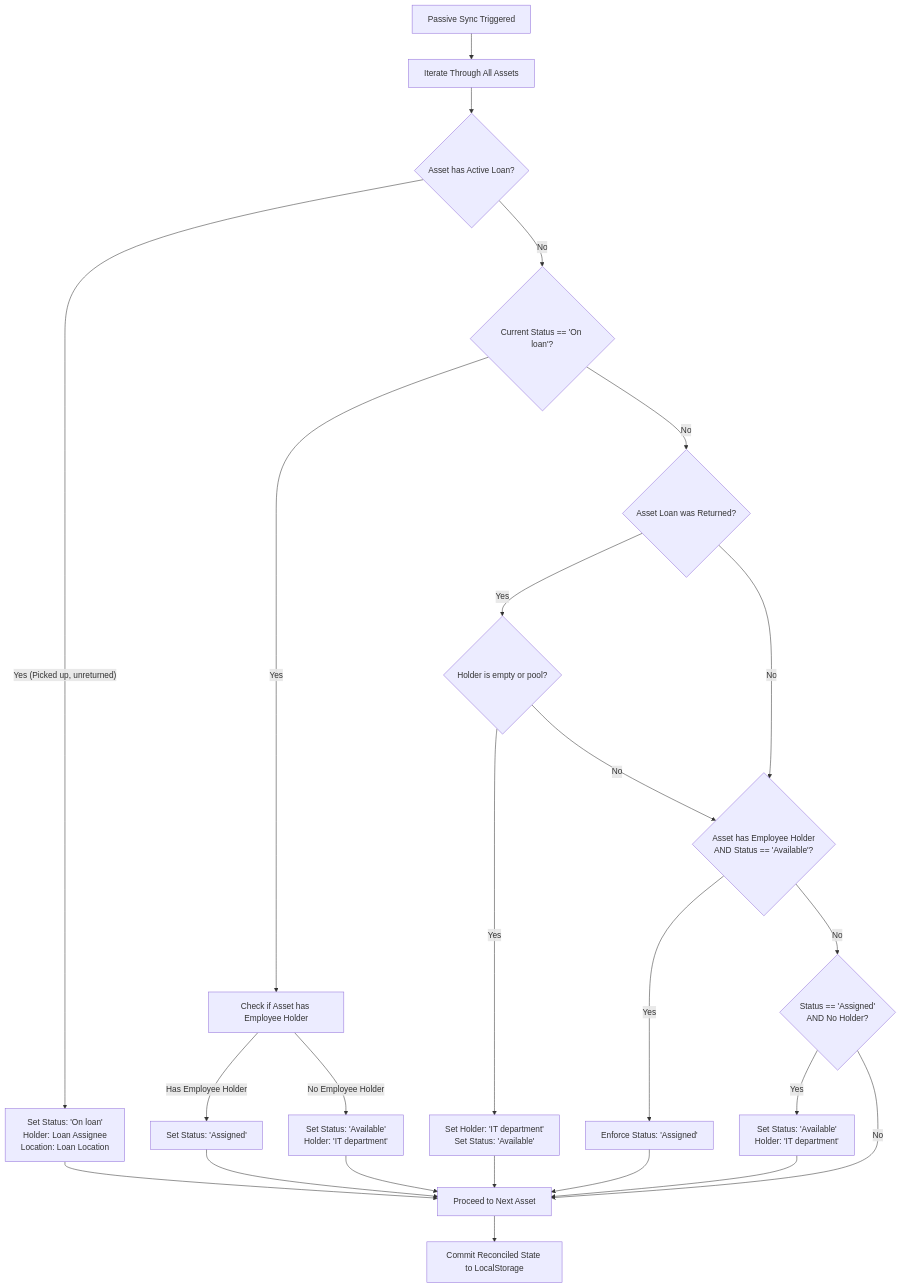
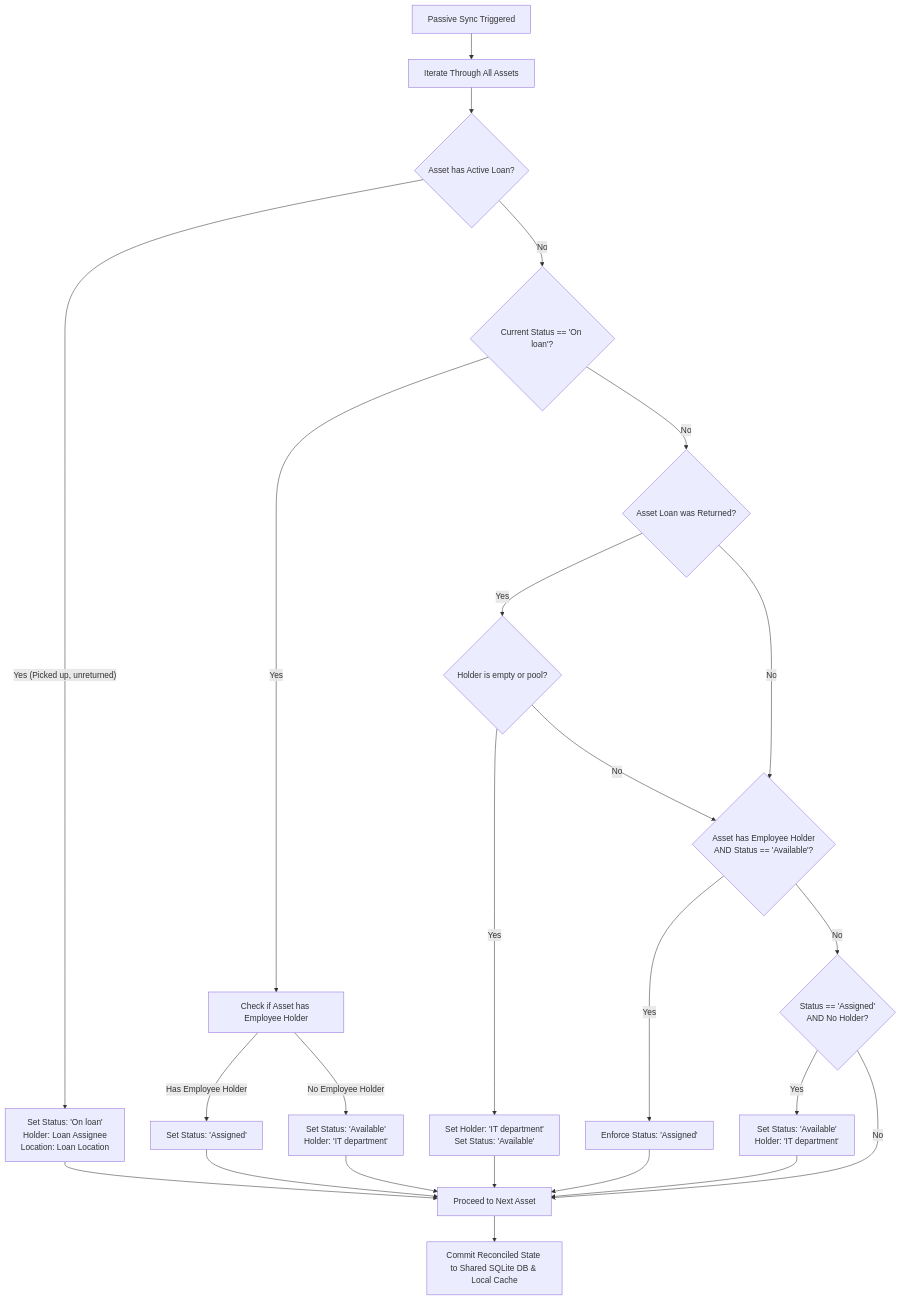
Before and after one commit to SDSAJames/Inventory-Management-Software: the second of 2 diagrams in Technical Specification.md, drawn with Mermaid. The commit also changed other lines of this file and 2 other files, not shown here.

Commit message:
docs: update architecture documentation and patch notes to reflect transition to central Node.js SQLite backend

````diff
--- a/Technical Specification.md
+++ b/Technical Specification.md
@@ -206,31 +224,31 @@
 ```mermaid
 flowchart TD
     Start[Passive Sync Triggered] --> Iterate[Iterate Through All Assets]
     Iterate --> CheckLoan{Asset has Active Loan?}
     
     CheckLoan -- Yes (Picked up, unreturned) --> SetOnLoan[Set Status: 'On loan'<br>Holder: Loan Assignee<br>Location: Loan Location]
     CheckLoan -- No --> CheckCurrentStatus{Current Status == 'On loan'?}
     
     CheckCurrentStatus -- Yes --> FreeFromLoan[Check if Asset has Employee Holder]
     FreeFromLoan -- Has Employee Holder --> SetAssigned[Set Status: 'Assigned']
     FreeFromLoan -- No Employee Holder --> SetAvailable[Set Status: 'Available'<br>Holder: 'IT department']
     
     CheckCurrentStatus -- No --> CheckReturnedLoan{Asset Loan was Returned?}
     CheckReturnedLoan -- Yes --> CheckHolder{Holder is empty or pool?}
     CheckHolder -- Yes --> NormIT[Set Holder: 'IT department'<br>Set Status: 'Available']
     CheckHolder -- No --> CheckHolderInvariant
     
     CheckReturnedLoan -- No --> CheckHolderInvariant{Asset has Employee Holder<br>AND Status == 'Available'?}
     CheckHolderInvariant -- Yes --> FixAssigned[Enforce Status: 'Assigned']
     CheckHolderInvariant -- No --> CheckAssignedWithoutHolder{Status == 'Assigned'<br>AND No Holder?}
     CheckAssignedWithoutHolder -- Yes --> FixAvailable[Set Status: 'Available'<br>Holder: 'IT department']
     CheckAssignedWithoutHolder -- No --> NextAsset[Proceed to Next Asset]
     
     SetOnLoan --> NextAsset
     SetAssigned --> NextAsset
     SetAvailable --> NextAsset
     NormIT --> NextAsset
     FixAssigned --> NextAsset
     FixAvailable --> NextAsset
-    NextAsset --> Finish[Commit Reconciled State to LocalStorage]
+    NextAsset --> Finish[Commit Reconciled State to Shared SQLite DB & Local Cache]
 ```
````
